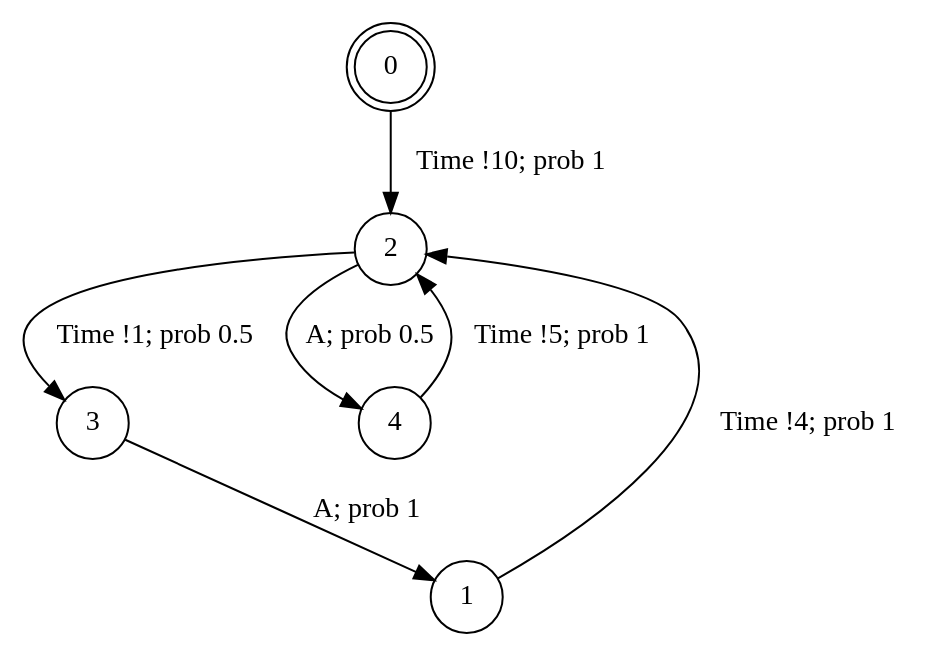
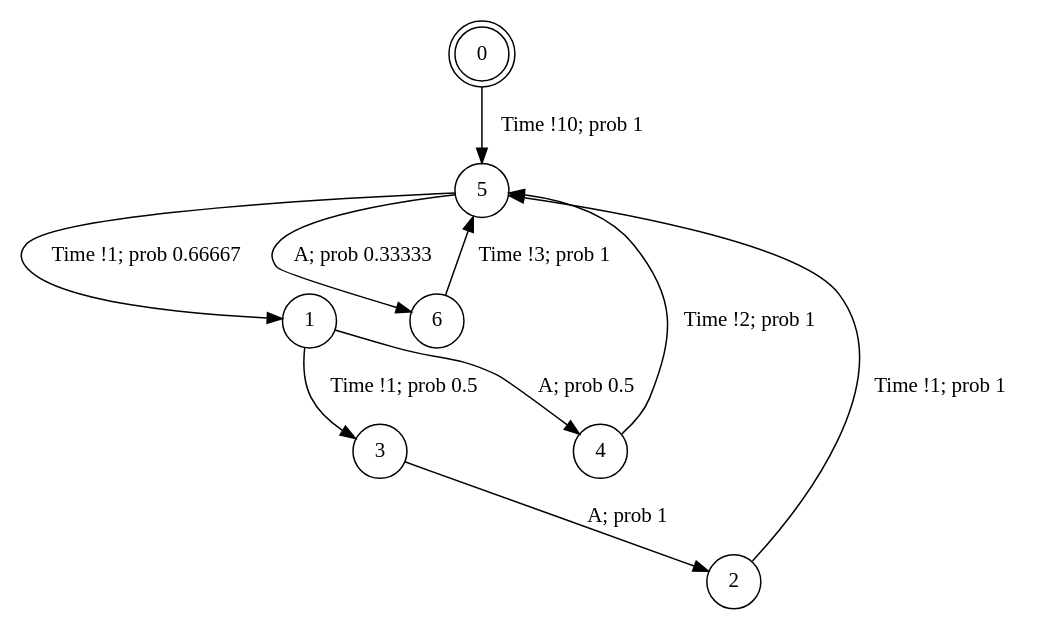
One commit to irmanfaqrizal/ptsv changed the diagram in experiments/example/simple-A-min-pts.dot. Above: the diagram before and after it, drawn with Graphviz. The commit also changed 126 other files, not shown here.

```diff
--- a/experiments/example/simple-A-min-pts.dot
+++ b/experiments/example/simple-A-min-pts.dot
@@ -1,12 +1,15 @@
 digraph BCG {
 size = "7, 10.5";
 center = TRUE;
 node [shape = circle];
 0 [peripheries = 2];
-0 -> 2 [label = "Time !10; prob 1"];
-1 -> 2 [label = "Time !4; prob 1"];
-2 -> 3 [label = "Time !1; prob 0.5"];
-2 -> 4 [label = "A; prob 0.5"];
-3 -> 1 [label = "A; prob 1"];
-4 -> 2 [label = "Time !5; prob 1"];
+0 -> 5 [label = "Time !10; prob 1"];
+1 -> 3 [label = "Time !1; prob 0.5"];
+1 -> 4 [label = "A; prob 0.5"];
+2 -> 5 [label = "Time !1; prob 1"];
+3 -> 2 [label = "A; prob 1"];
+4 -> 5 [label = "Time !2; prob 1"];
+5 -> 6 [label = "A; prob 0.33333"];
+5 -> 1 [label = "Time !1; prob 0.66667"];
+6 -> 5 [label = "Time !3; prob 1"];
 }
```
